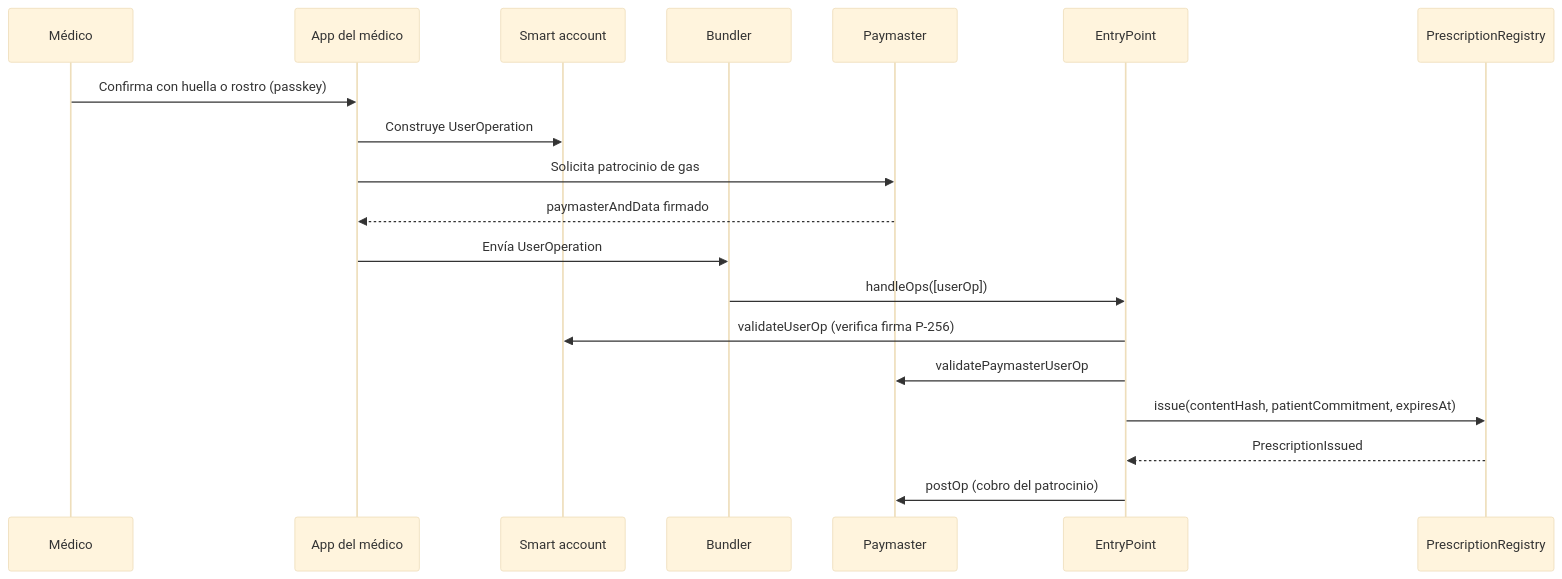
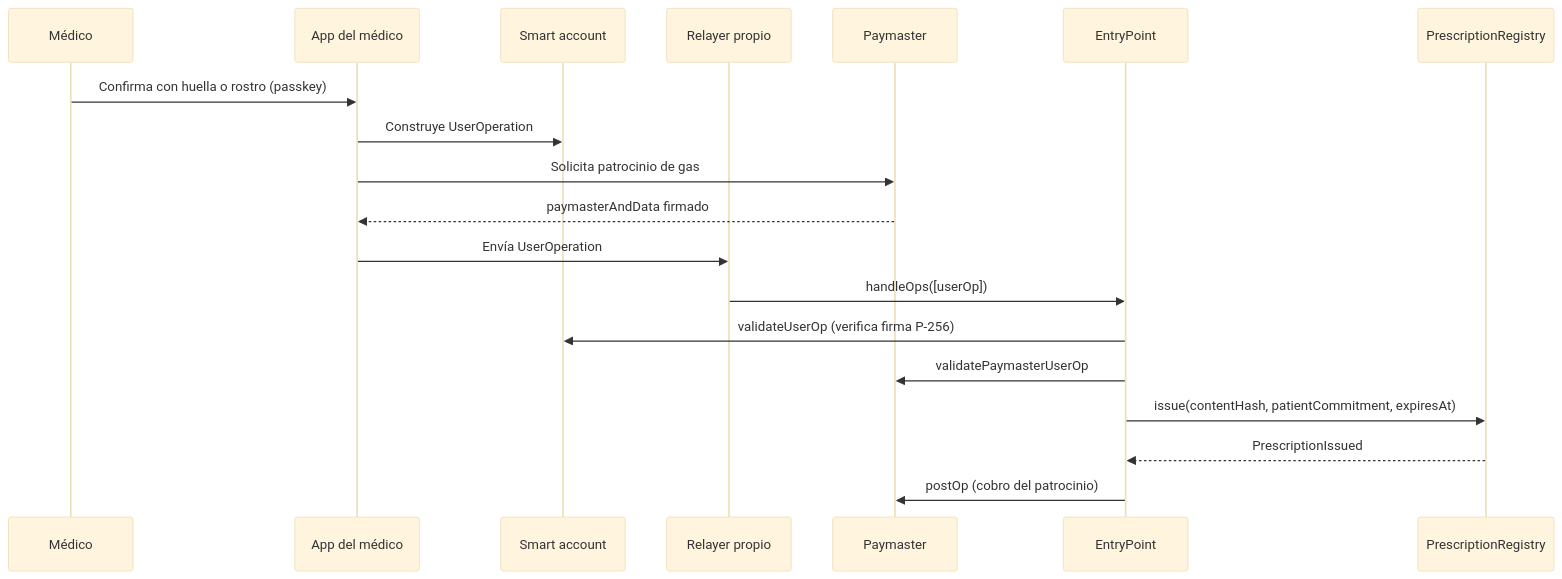
Before and after one commit to abrereflo/proyecto_recetas: the third of 4 diagrams in docs/01-arquitectura.md, drawn with Mermaid (base theme). The commit also changed other lines of this file and 18 other files, not shown here.

````diff
--- a/docs/01-arquitectura.md
+++ b/docs/01-arquitectura.md
@@ -106,22 +109,22 @@
 ```mermaid
 sequenceDiagram
     participant U as Médico
     participant App as App del médico
     participant SA as Smart account
-    participant B as Bundler
+    participant B as Relayer propio
     participant PM as Paymaster
     participant EP as EntryPoint
     participant PR as PrescriptionRegistry
 
     U->>App: Confirma con huella o rostro (passkey)
     App->>SA: Construye UserOperation
     App->>PM: Solicita patrocinio de gas
     PM-->>App: paymasterAndData firmado
     App->>B: Envía UserOperation
     B->>EP: handleOps([userOp])
     EP->>SA: validateUserOp (verifica firma P-256)
     EP->>PM: validatePaymasterUserOp
     EP->>PR: issue(contentHash, patientCommitment, expiresAt)
     PR-->>EP: PrescriptionIssued
     EP->>PM: postOp (cobro del patrocinio)
 ```
````
